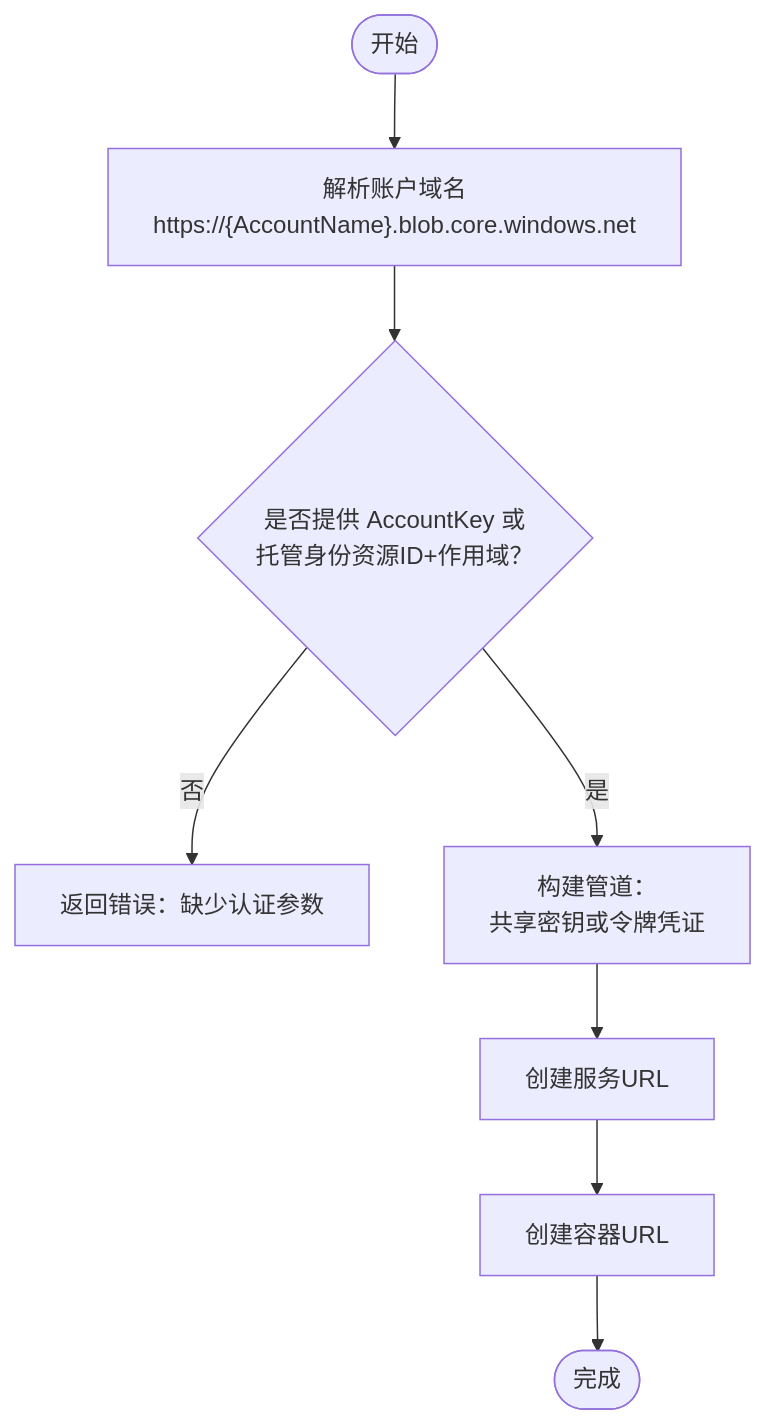
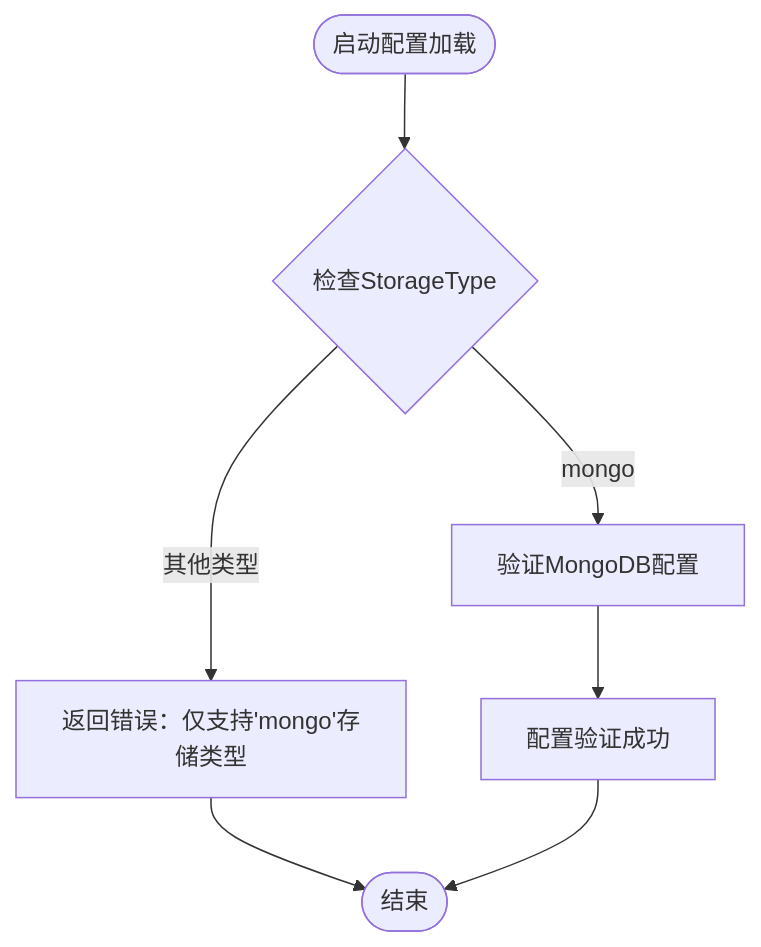
The diagram in .qoder/repowiki/zh/content/配置参考/存储后端配置/云存储配置/Azure Blob配置.md (leimeng-go/athens), drawn with Mermaid before and after one commit. The commit also changed other lines of this file and 14 other files, not shown here.

````diff
--- a/.qoder/repowiki/zh/content/配置参考/存储后端配置/云存储配置/Azure Blob配置.md
+++ b/.qoder/repowiki/zh/content/配置参考/存储后端配置/云存储配置/Azure Blob配置.md
@@ -159,10 +35,9 @@
 ```mermaid
 flowchart TD
-Start(["开始"]) --> ParseURL["解析账户域名<br/>https://{AccountName}.blob.core.windows.net"]
-ParseURL --> CheckCreds{"是否提供 AccountKey 或<br/>托管身份资源ID+作用域？"}
-CheckCreds --> |否| Err["返回错误：缺少认证参数"]
-CheckCreds --> |是| BuildPipe["构建管道：<br/>共享密钥或令牌凭证"]
-BuildPipe --> NewService["创建服务URL"]
-NewService --> NewContainer["创建容器URL"]
-NewContainer --> Done(["完成"])
+Start(["启动配置加载"]) --> CheckType{"检查StorageType"}
+CheckType --> |"mongo"| MongoCfg["验证MongoDB配置"]
+CheckType --> |"其他类型"| Error["返回错误：仅支持'mongo'存储类型"]
+MongoCfg --> Success["配置验证成功"]
+Error --> End(["结束"])
+Success --> End
 ```
````
